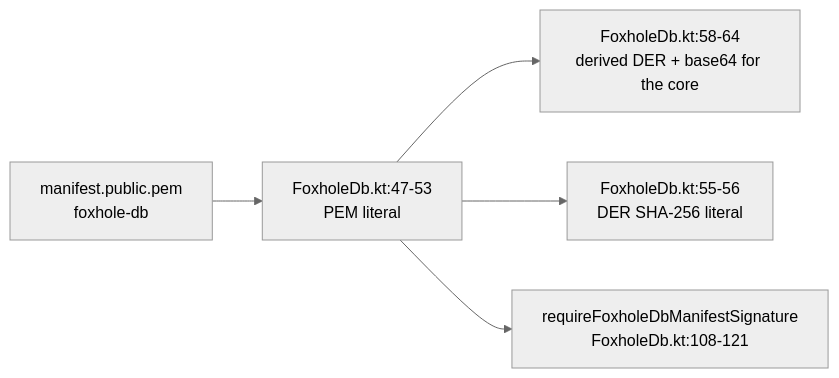
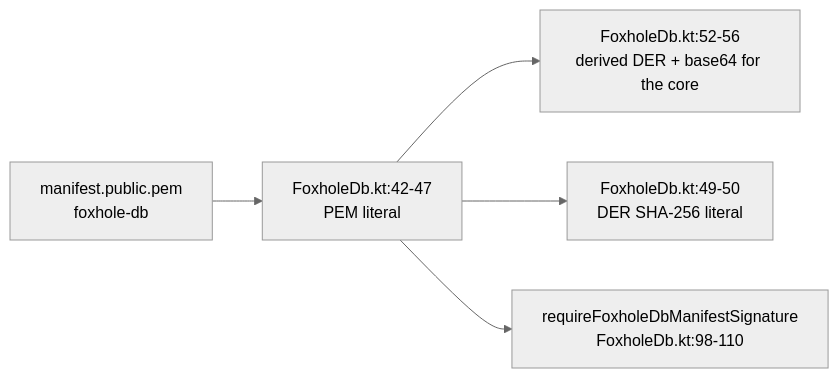
The second of 6 diagrams in docs/architecture/03-updates-and-data-delivery.md (foxhole-team/foxhole-core), drawn with Mermaid (neutral theme) before and after one commit. The commit also changed other lines of this file and 1788 other files, not shown here.

````diff
--- a/docs/architecture/03-updates-and-data-delivery.md
+++ b/docs/architecture/03-updates-and-data-delivery.md
@@ -77,7 +108,7 @@
 ```mermaid
 flowchart LR
-    PEM["manifest.public.pem<br/>foxhole-db"] --> LIT["FoxholeDb.kt:47-53<br/>PEM literal"]
-    LIT --> B64["FoxholeDb.kt:58-64<br/>derived DER + base64 for the core"]
-    LIT --> SHA["FoxholeDb.kt:55-56<br/>DER SHA-256 literal"]
-    LIT --> VF["requireFoxholeDbManifestSignature<br/>FoxholeDb.kt:108-121"]
+    PEM["manifest.public.pem<br/>foxhole-db"] --> LIT["FoxholeDb.kt:42-47<br/>PEM literal"]
+    LIT --> B64["FoxholeDb.kt:52-56<br/>derived DER + base64 for the core"]
+    LIT --> SHA["FoxholeDb.kt:49-50<br/>DER SHA-256 literal"]
+    LIT --> VF["requireFoxholeDbManifestSignature<br/>FoxholeDb.kt:98-110"]
 ```
````
